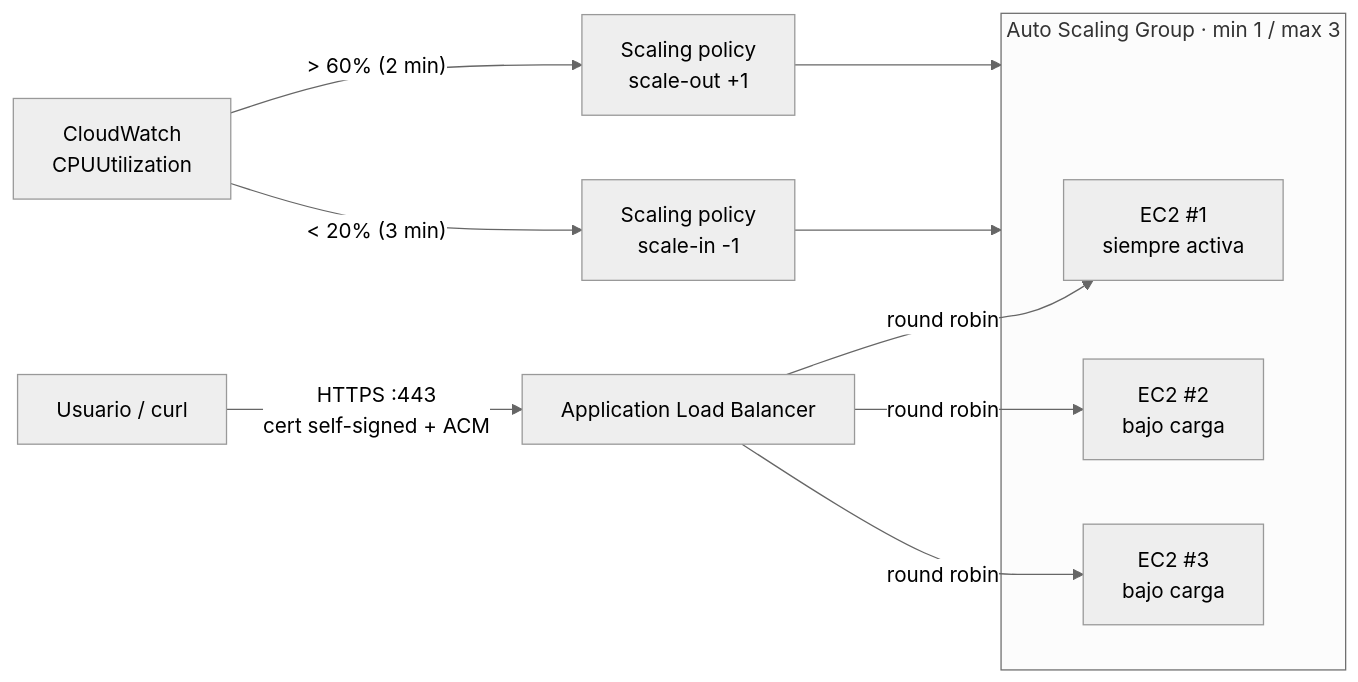
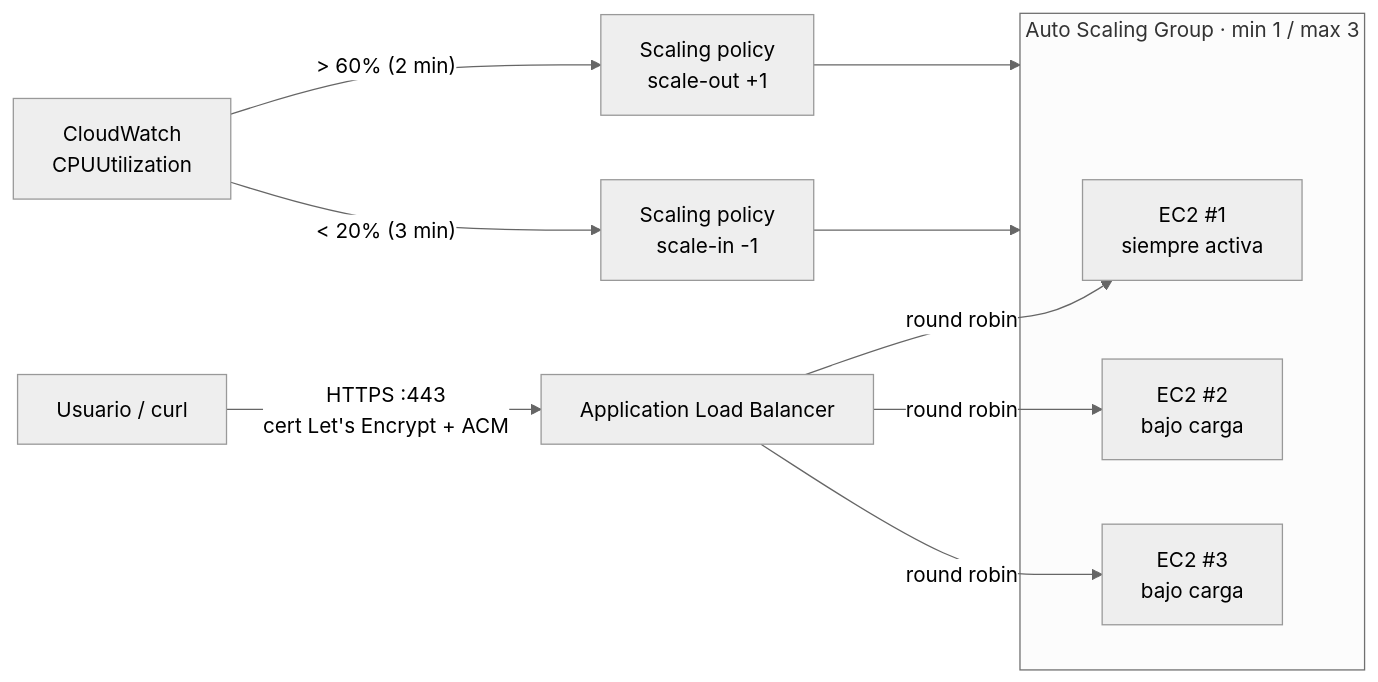
Before and after one commit to stephy0410/aws-high-availability-lab: the diagram in README.md, drawn with Mermaid (neutral theme). The commit also changed other lines of this file and 6 other files, not shown here.

First line of the commit message:
Switch ALB certificate from self-signed to trusted Let's Encrypt via DuckDNS

````diff
--- a/README.md
+++ b/README.md
@@ -9,19 +9,19 @@
 ```mermaid
 flowchart LR
-    U[Usuario / curl] -- "HTTPS :443<br/>cert self-signed + ACM" --> ALB["Application Load Balancer"]
+    U[Usuario / curl] -- "HTTPS :443<br/>cert Let's Encrypt + ACM" --> ALB["Application Load Balancer"]
 
     subgraph asg["Auto Scaling Group · min 1 / max 3"]
         E1["EC2 #1<br/>siempre activa"]
         E2["EC2 #2<br/>bajo carga"]
         E3["EC2 #3<br/>bajo carga"]
     end
 
     ALB -- "round robin" --> E1
     ALB -- "round robin" --> E2
     ALB -- "round robin" --> E3
 
     CW["CloudWatch<br/>CPUUtilization"] -- "> 60% (2 min)" --> SO["Scaling policy<br/>scale-out +1"]
     CW -- "< 20% (3 min)" --> SI["Scaling policy<br/>scale-in -1"]
     SO --> asg
     SI --> asg
 ```
````
